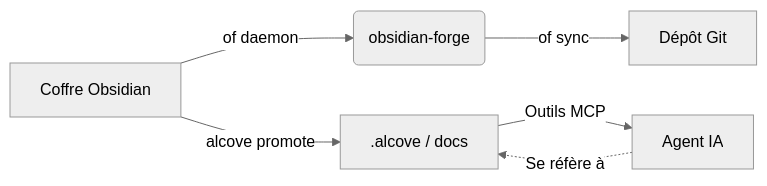
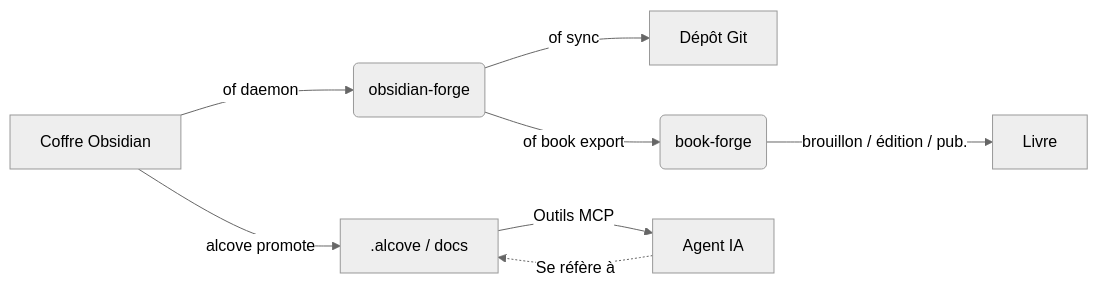
The diagram in docs/README_fr.md (epicsagas/obsidian-forge), drawn with Mermaid (neutral theme) before and after one commit. The commit also changed other lines of this file and 9 other files, not shown here.

Commit message:
docs(ecosystem): add book-forge integration guide across all languages

````diff
--- a/docs/README_fr.md
+++ b/docs/README_fr.md
@@ -340,8 +341,10 @@
 ```mermaid
 graph LR
     A[Coffre Obsidian] -->|of daemon| B(obsidian-forge)
     B -->|of sync| C[Dépôt Git]
     A -->|alcove promote| D[.alcove / docs]
     D -->|Outils MCP| E[Agent IA]
     E -.->|Se réfère à| D
+    B -->|of book export| F(book-forge)
+    F -->|brouillon / édition / pub.| G[Livre]
 ```
````
